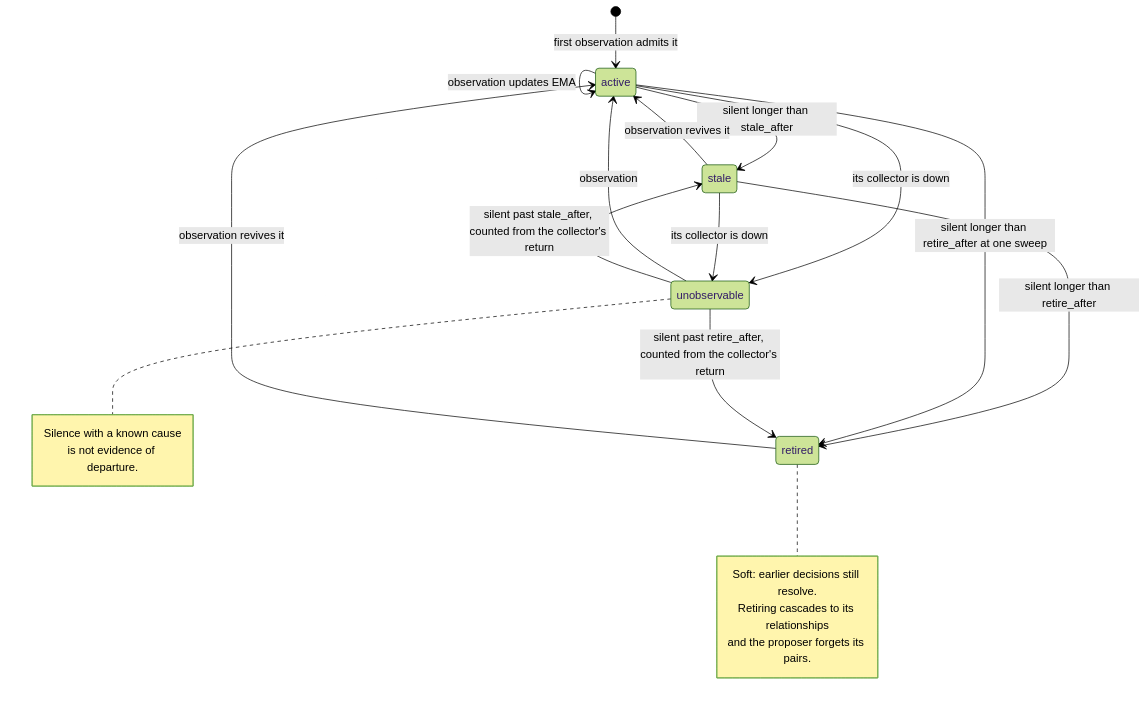
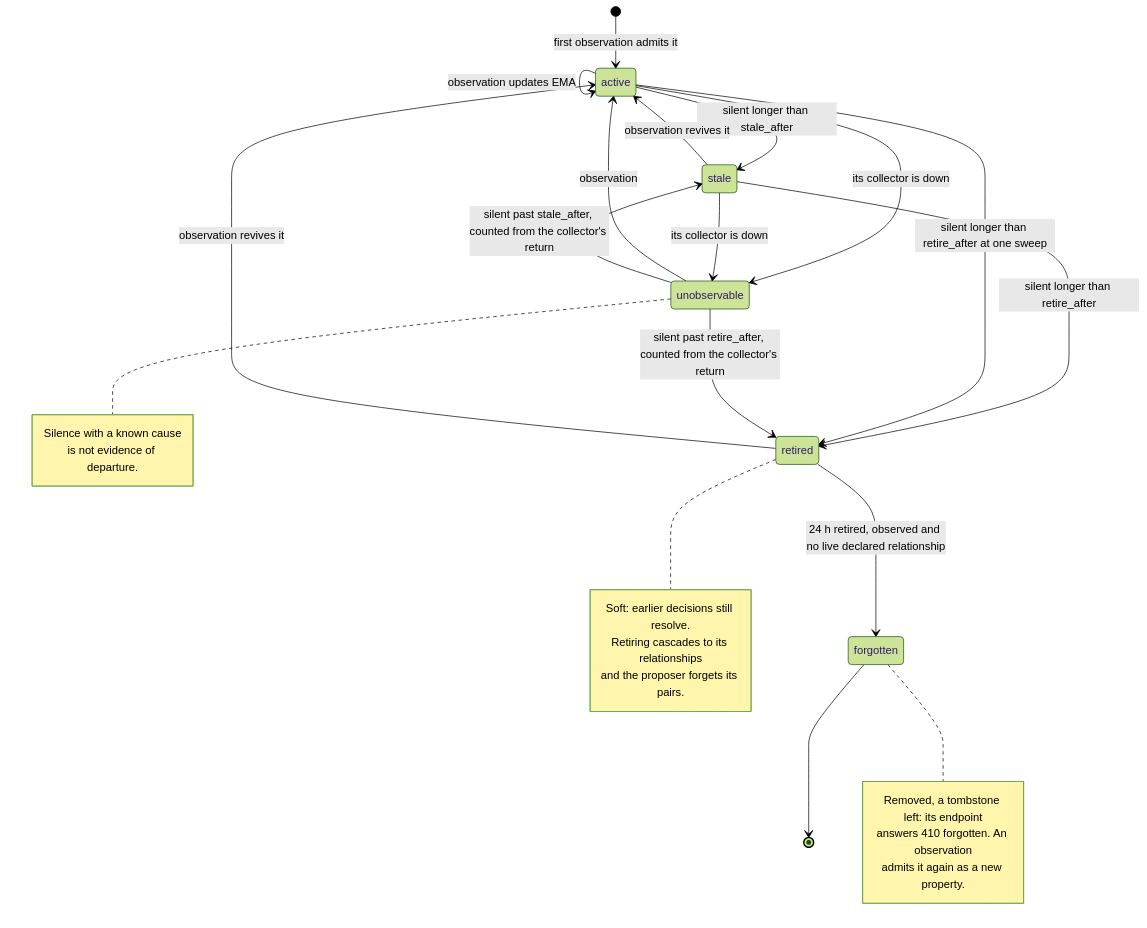
The fifth of 21 diagrams in docs/architecture-diagrams.md (DiyazY/di-agent), drawn with Mermaid (forest theme) before and after one commit. The commit also changed other lines of this file and 9 other files, not shown here.

````diff
--- a/docs/architecture-diagrams.md
+++ b/docs/architecture-diagrams.md
@@ -223,24 +225,31 @@
 ```mermaid
 stateDiagram-v2
     [*] --> active: first observation admits it
     active --> active: observation updates EMA
     active --> stale: silent longer than stale_after
     stale --> active: observation revives it
     stale --> retired: silent longer than retire_after
     active --> retired: silent longer than retire_after at one sweep
     active --> unobservable: its collector is down
     stale --> unobservable: its collector is down
     unobservable --> active: observation
     unobservable --> stale: silent past stale_after, counted from the collector's return
     unobservable --> retired: silent past retire_after, counted from the collector's return
     retired --> active: observation revives it
+    retired --> forgotten: 24 h retired, observed and no live declared relationship
+    forgotten --> [*]
     note right of unobservable
         Silence with a known cause
         is not evidence of departure.
     end note
     note right of retired
         Soft: earlier decisions still resolve.
         Retiring cascades to its relationships
         and the proposer forgets its pairs.
     end note
+    note right of forgotten
+        Removed, a tombstone left: its endpoint
+        answers 410 forgotten. An observation
+        admits it again as a new property.
+    end note
 ```
````
